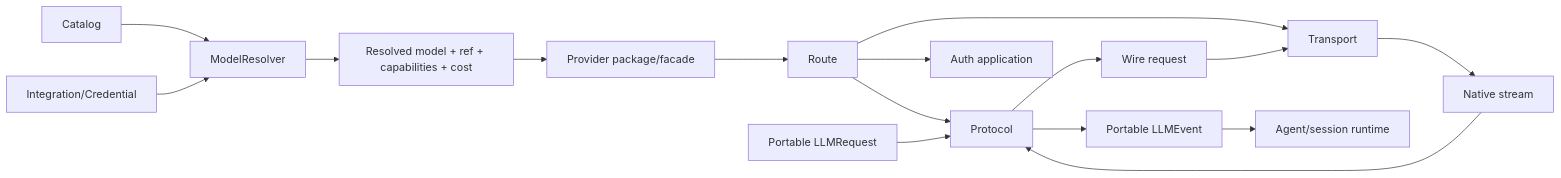
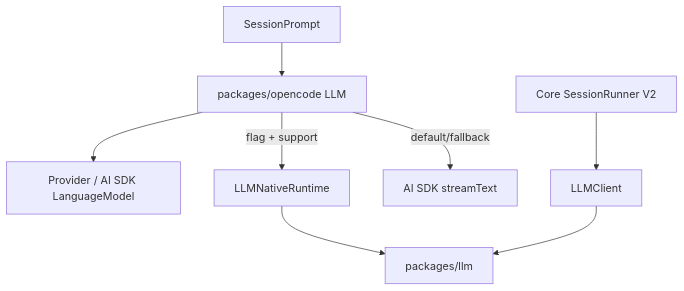
One commit to JRodrigoTech/opencode changed the diagram in reverse-engineering/analysis/06-providers-llm-responses/migration/native-stack-y-remove-ai-sdk.md. Above: the diagram before and after it, drawn with Mermaid. The commit also changed other lines of this file, not shown here.

Commit message:
docs(reverse-engineering): qualify native llm migration state

````diff
--- a/reverse-engineering/analysis/06-providers-llm-responses/migration/native-stack-y-remove-ai-sdk.md
+++ b/reverse-engineering/analysis/06-providers-llm-responses/migration/native-stack-y-remove-ai-sdk.md
@@ -287,18 +137,11 @@
 ```mermaid
-flowchart LR
-  C[Catalog] --> R[ModelResolver]
-  I[Integration/Credential] --> R
-  R --> M[Resolved model + ref + capabilities + cost]
-  M --> P[Provider package/facade]
-  P --> RT[Route]
-  RT --> PR[Protocol]
-  RT --> A[Auth application]
-  RT --> T[Transport]
-  Q[Portable LLMRequest] --> PR
-  PR --> W[Wire request]
-  W --> T
-  T --> S[Native stream]
-  S --> PR
-  PR --> E[Portable LLMEvent]
-  E --> AR[Agent/session runtime]
+flowchart TD
+  S[SessionPrompt] --> L[packages/opencode LLM]
+  L --> P[Provider / AI SDK LanguageModel]
+  L -->|flag + support| N[LLMNativeRuntime]
+  N --> LL[packages/llm]
+  L -->|default/fallback| A[AI SDK streamText]
+
+  V[Core SessionRunner V2] --> C[LLMClient]
+  C --> LL
 ```
````
